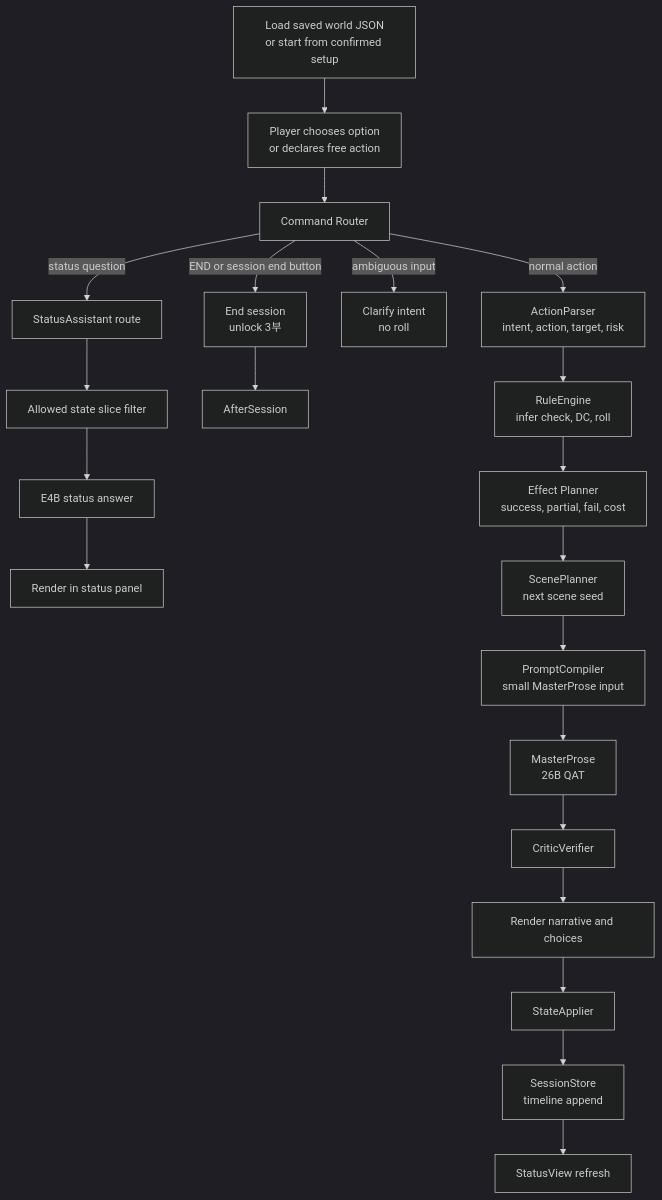
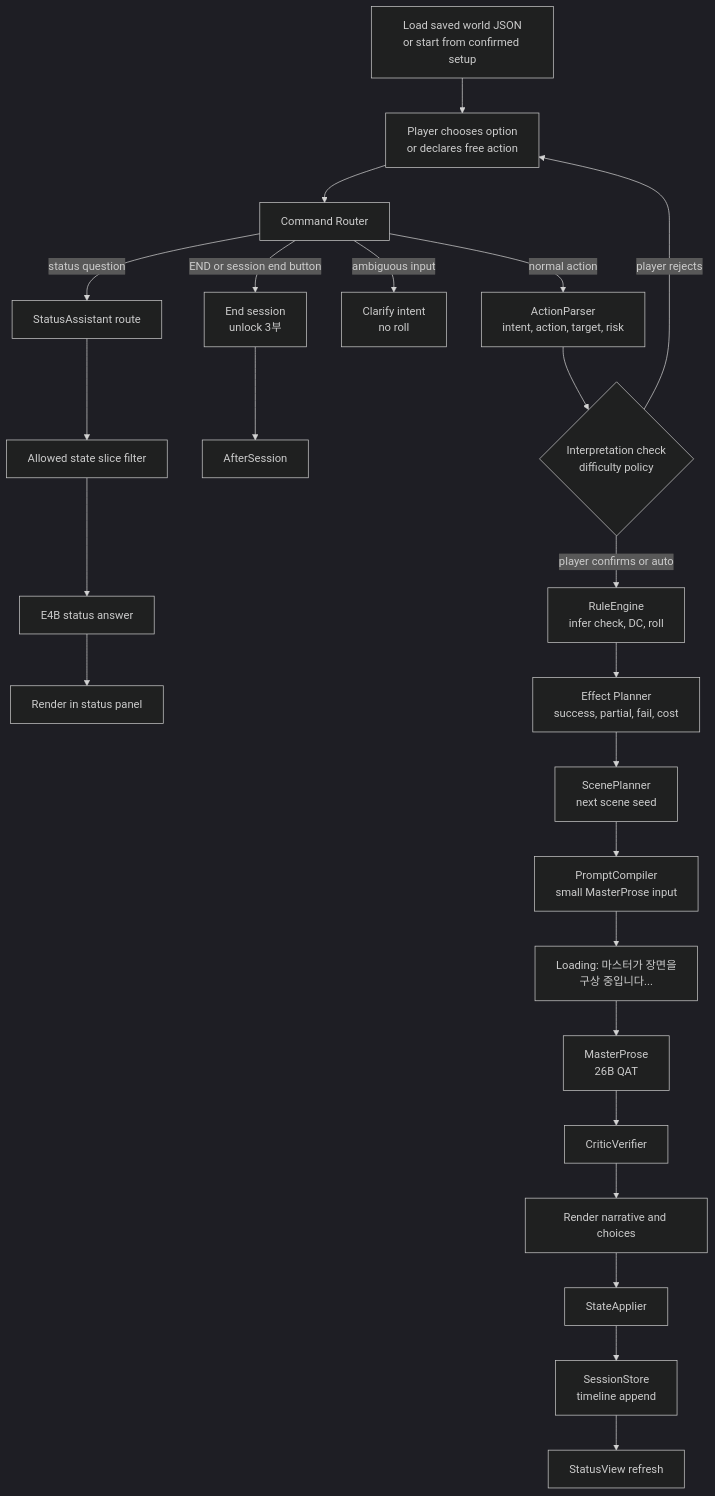
The third of 4 diagrams in design/winterrain-rp-module-architecture-design.md (winterrainlee/winterrain_trpg), drawn with Mermaid (dark theme) before and after one commit. The commit also changed other lines of this file and 12 other files, not shown here.

````diff
--- a/design/winterrain-rp-module-architecture-design.md
+++ b/design/winterrain-rp-module-architecture-design.md
@@ -716,26 +804,29 @@
 ```mermaid
 flowchart TD
   A0["Load saved world JSON<br/>or start from confirmed setup"] --> A["Player chooses option<br/>or declares free action"]
   A --> B["Command Router"]
   B -->|status question| SQ["StatusAssistant route"]
   SQ --> SF["Allowed state slice filter"]
   SF --> SA["E4B status answer"]
   SA --> SR["Render in status panel"]
 
   B -->|END or session end button| ER["End session<br/>unlock 3부"]
   ER --> AS["AfterSession"]
 
   B -->|ambiguous input| CL["Clarify intent<br/>no roll"]
 
   B -->|normal action| AP["ActionParser<br/>intent, action, target, risk"]
-  AP --> C["RuleEngine<br/>infer check, DC, roll"]
+  AP --> IC{"Interpretation check<br/>difficulty policy"}
+  IC -->|player rejects| A
+  IC -->|player confirms or auto| C["RuleEngine<br/>infer check, DC, roll"]
   C --> D["Effect Planner<br/>success, partial, fail, cost"]
   D --> E["ScenePlanner<br/>next scene seed"]
   E --> F["PromptCompiler<br/>small MasterProse input"]
-  F --> G["MasterProse<br/>26B QAT"]
+  F --> ML["Loading: 마스터가 장면을<br/>구상 중입니다..."]
+  ML --> G["MasterProse<br/>26B QAT"]
   G --> H["CriticVerifier"]
   H --> I["Render narrative and choices"]
   I --> J["StateApplier"]
   J --> K["SessionStore<br/>timeline append"]
   K --> L["StatusView refresh"]
 ```
````
